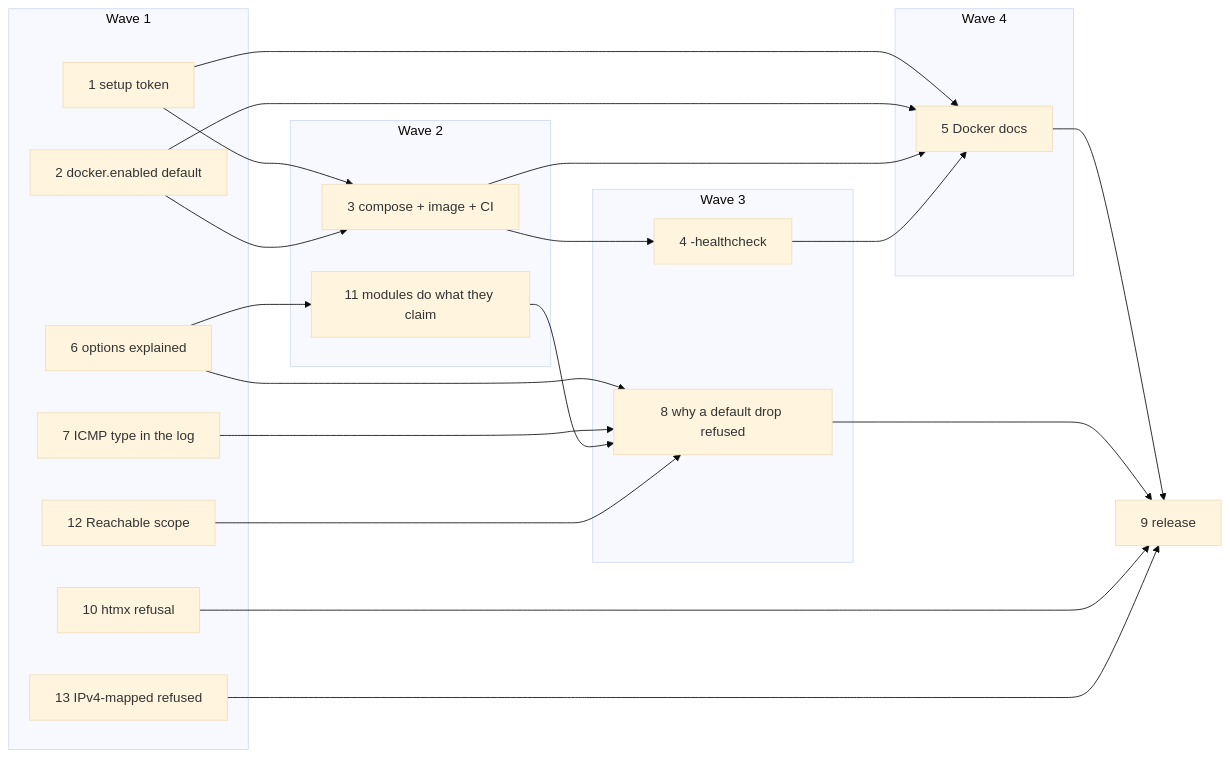
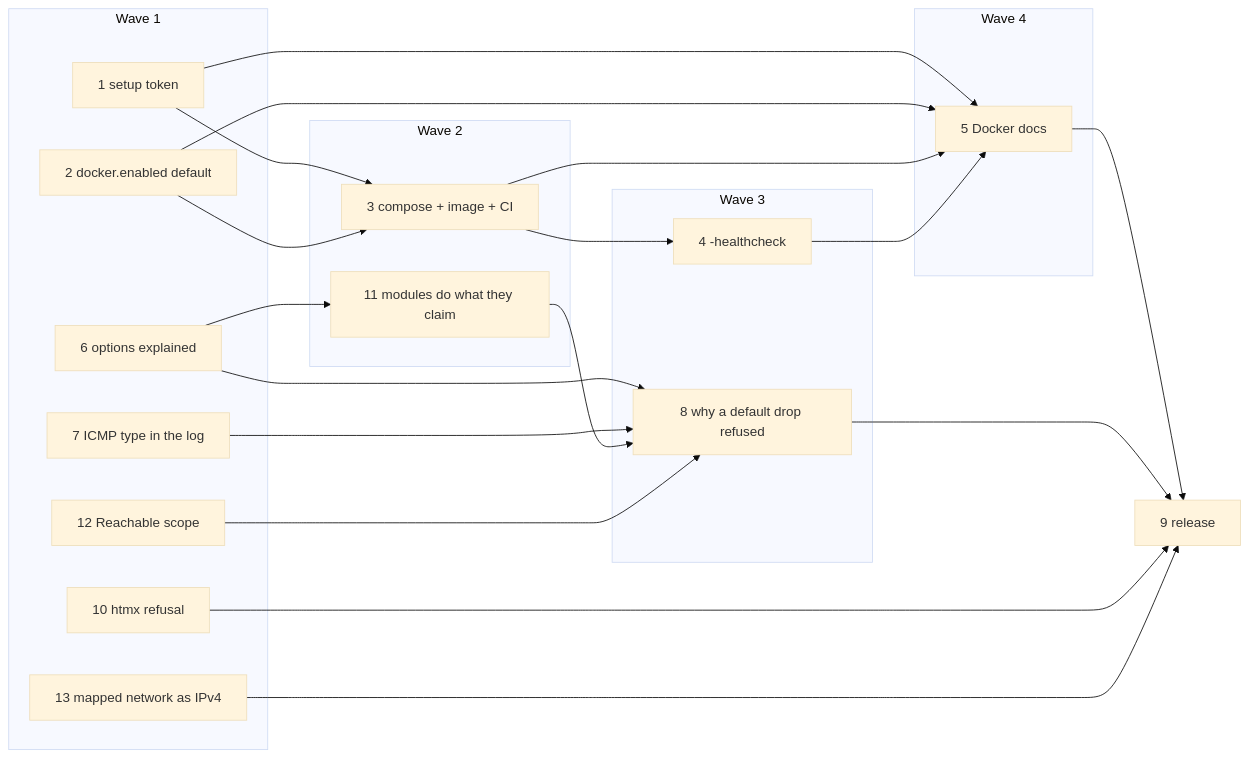
Before and after one commit to jp1337/easywall: the diagram in docs-tech/plans/2026-09-23-2.22-it-is-yours-and-it-says-why-implementation.md, drawn with Mermaid (base theme). The commit also changed other lines of this file, not shown here.

First line of the commit message:
docs(plan): 2.22 — Task 11 points at Task 13 for the mapped-network gap

````diff
--- a/docs-tech/plans/2026-09-23-2.22-it-is-yours-and-it-says-why-implementation.md
+++ b/docs-tech/plans/2026-09-23-2.22-it-is-yours-and-it-says-why-implementation.md
@@ -32,40 +32,40 @@
 ```mermaid
 flowchart LR
   subgraph W1[Wave 1]
     T1[1 setup token]
     T2[2 docker.enabled default]
     T6[6 options explained]
     T7[7 ICMP type in the log]
     T10[10 htmx refusal]
     T12[12 Reachable scope]
-    T13[13 IPv4-mapped refused]
+    T13[13 mapped network as IPv4]
   end
   subgraph W2[Wave 2]
     T3[3 compose + image + CI]
     T11[11 modules do what they claim]
   end
   subgraph W3[Wave 3]
     T4[4 -healthcheck]
     T8[8 why a default drop refused]
   end
   subgraph W4[Wave 4]
     T5[5 Docker docs]
   end
   T9[9 release]
   T1 --> T3
   T2 --> T3
   T3 --> T4
   T6 --> T11
   T6 --> T8
   T7 --> T8
   T11 --> T8
   T12 --> T8
   T1 --> T5
   T2 --> T5
   T3 --> T5
   T4 --> T5
   T5 --> T9
   T8 --> T9
   T10 --> T9
   T13 --> T9
 ```
````
